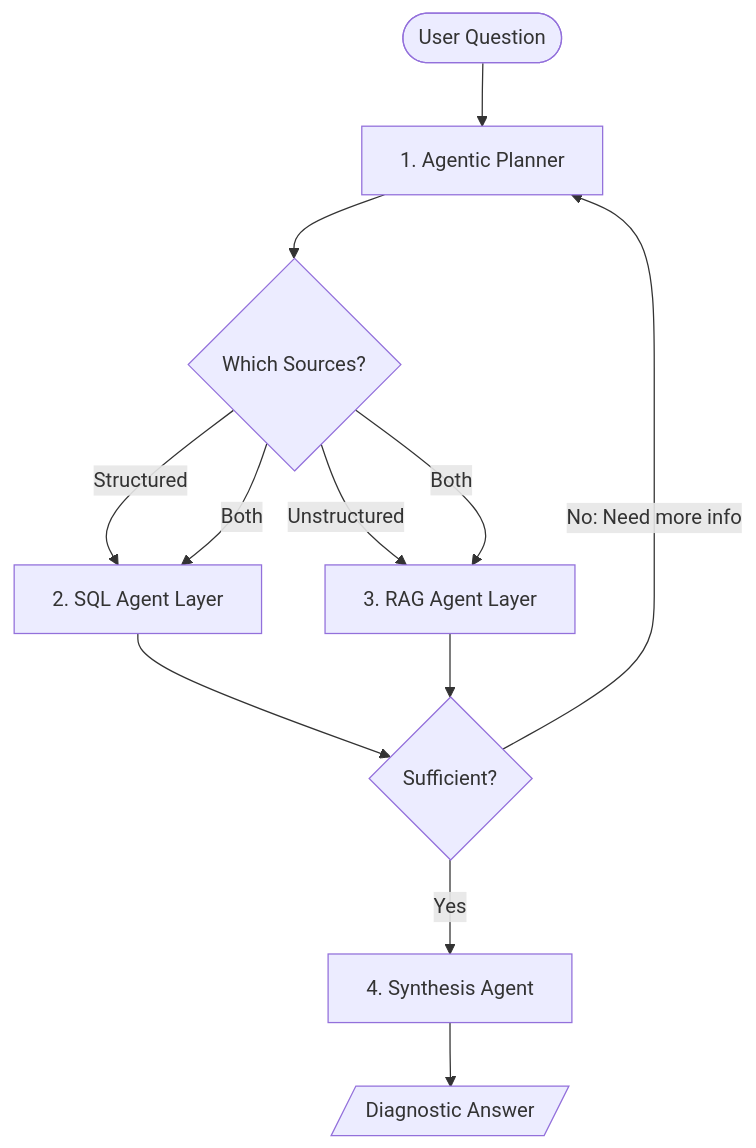
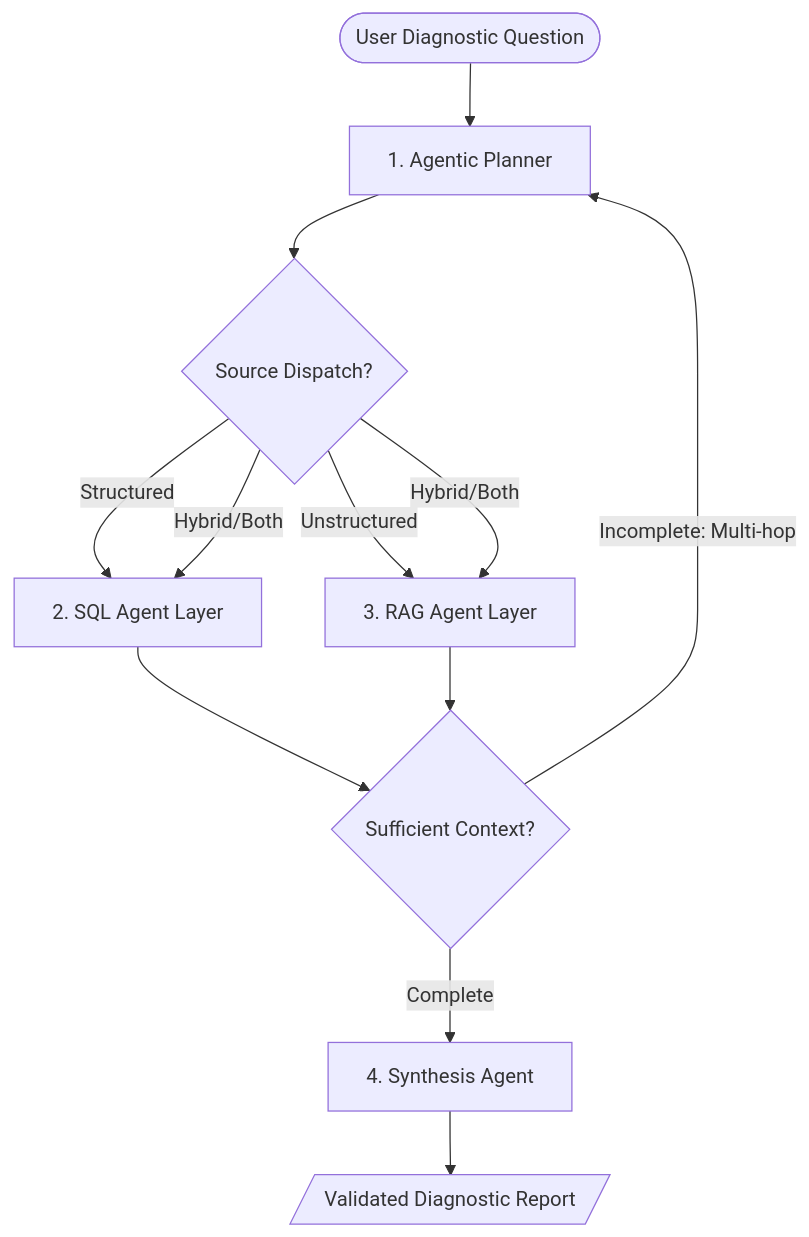
Before and after one commit to joanmarcriera/Home-office-automations: the diagram in docs/knowledge_base/patterns/data-copilot-agentic-rag.md, drawn with Mermaid. The commit also changed other lines of this file and 5 other files, not shown here.

````diff
--- a/docs/knowledge_base/patterns/data-copilot-agentic-rag.md
+++ b/docs/knowledge_base/patterns/data-copilot-agentic-rag.md
@@ -10,17 +10,17 @@
 ```mermaid
 flowchart TD
-    User([User Question]) --> Planner[1. Agentic Planner]
-    Planner --> SourceCheck{Which Sources?}
+    User([User Diagnostic Question]) --> Planner[1. Agentic Planner]
+    Planner --> SourceCheck{Source Dispatch?}
 
     SourceCheck -- Structured --> SQLAgent[2. SQL Agent Layer]
     SourceCheck -- Unstructured --> RAGAgent[3. RAG Agent Layer]
-    SourceCheck -- Both --> SQLAgent & RAGAgent
+    SourceCheck -- Hybrid/Both --> SQLAgent & RAGAgent
 
-    SQLAgent --> RetrievalCheck{Sufficient?}
+    SQLAgent --> RetrievalCheck{Sufficient Context?}
     RAGAgent --> RetrievalCheck
 
-    RetrievalCheck -- No: Need more info --> Planner
-    RetrievalCheck -- Yes --> Synthesis[4. Synthesis Agent]
+    RetrievalCheck -- Incomplete: Multi-hop --> Planner
+    RetrievalCheck -- Complete --> Synthesis[4. Synthesis Agent]
 
-    Synthesis --> Output[/Diagnostic Answer/]
+    Synthesis --> Output[/Validated Diagnostic Report/]
 ```
````
